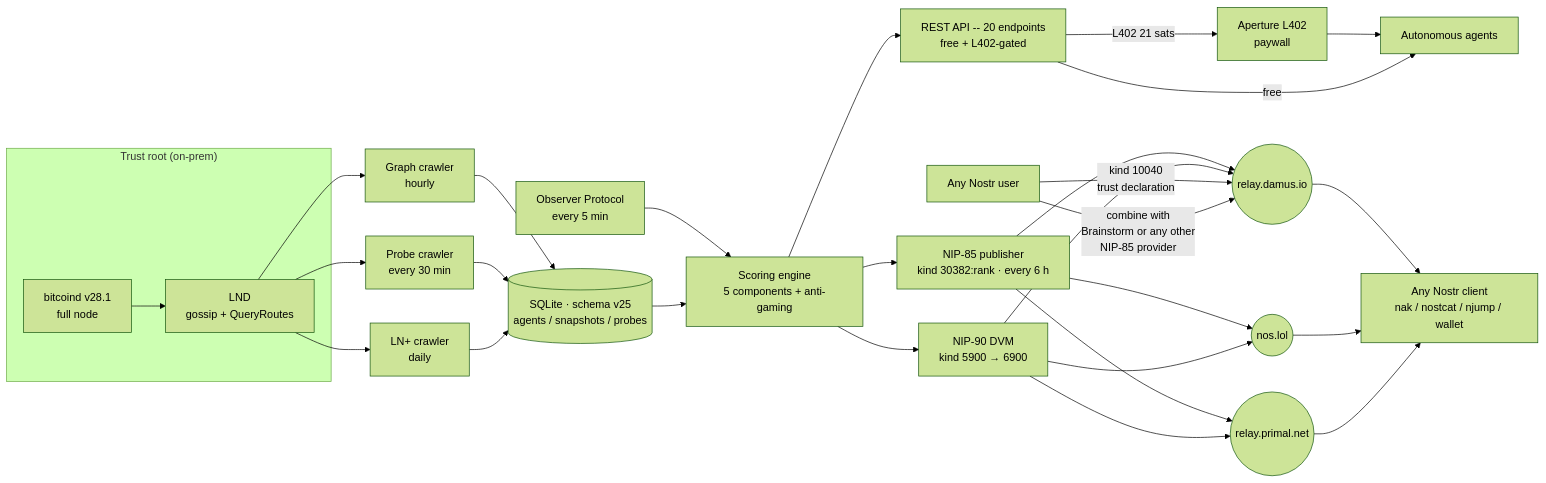
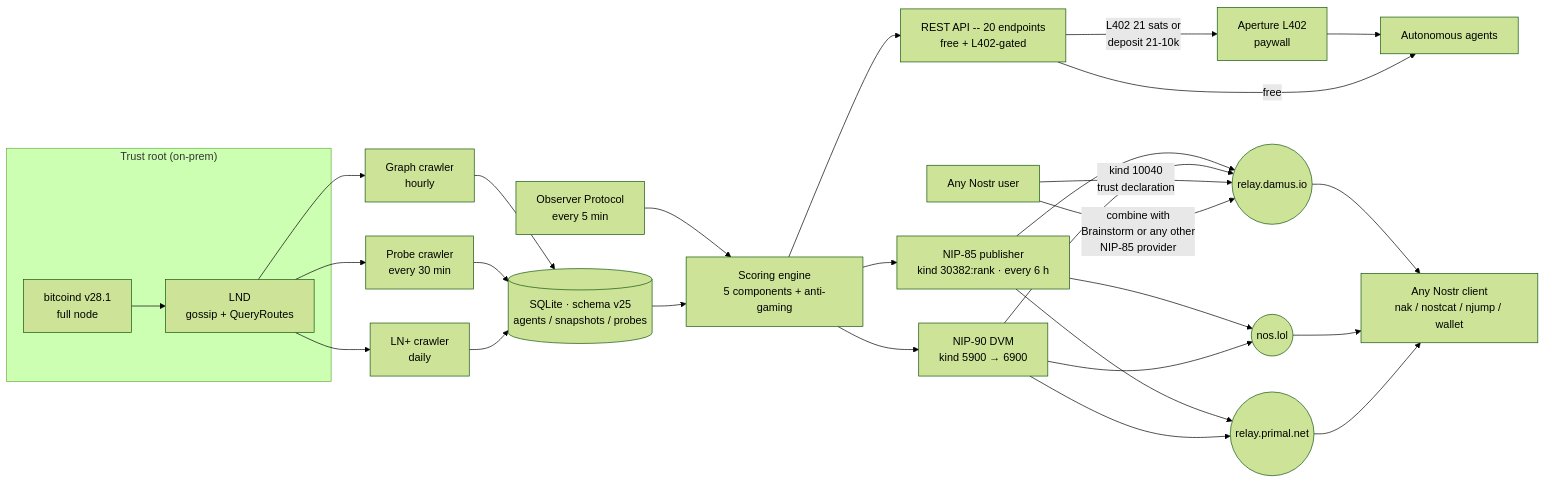
The diagram in IMPACT-STATEMENT-FULL.md (proofoftrust21/satrank), drawn with Mermaid (forest theme) before and after one commit. The commit also changed other lines of this file and 22 other files, not shown here.

````diff
--- a/IMPACT-STATEMENT-FULL.md
+++ b/IMPACT-STATEMENT-FULL.md
@@ -47,41 +47,41 @@
 ```mermaid
 flowchart LR
   subgraph TrustRoot["Trust root (on-prem)"]
     BTC[bitcoind v28.1<br/>full node]
     LND[LND<br/>gossip + QueryRoutes]
   end
 
   BTC --> LND
 
   LND --> GC[Graph crawler<br/>hourly]
   LND --> PC[Probe crawler<br/>every 30 min]
   LND --> LP[LN+ crawler<br/>daily]
   OBS[Observer Protocol<br/>every 5 min] --> SE
 
   GC --> DB[(SQLite · schema v25<br/>agents / snapshots / probes)]
   PC --> DB
   LP --> DB
 
   DB --> SE[Scoring engine<br/>5 components + anti-gaming]
 
   SE --> API[REST API -- 20 endpoints<br/>free + L402-gated]
   SE --> NP[NIP-85 publisher<br/>kind 30382:rank · every 6 h]
   SE --> DVM[NIP-90 DVM<br/>kind 5900 → 6900]
 
   NP --> R1((relay.damus.io))
   NP --> R2((nos.lol))
   NP --> R3((relay.primal.net))
   DVM --> R1
   DVM --> R2
   DVM --> R3
 
-  API -->|L402 21 sats| L402[Aperture L402<br/>paywall]
+  API -->|L402 21 sats or<br/>deposit 21-10k| L402[Aperture L402<br/>paywall]
   L402 --> AGENTS[Autonomous agents]
   API -->|free| AGENTS
   R1 --> CLIENTS[Any Nostr client<br/>nak / nostcat / njump / wallet]
   R2 --> CLIENTS
   R3 --> CLIENTS
 
   USER[Any Nostr user] -->|kind 10040<br/>trust declaration| R1
   USER -->|combine with<br/>Brainstorm or any other<br/>NIP-85 provider| R1
 ```
````
